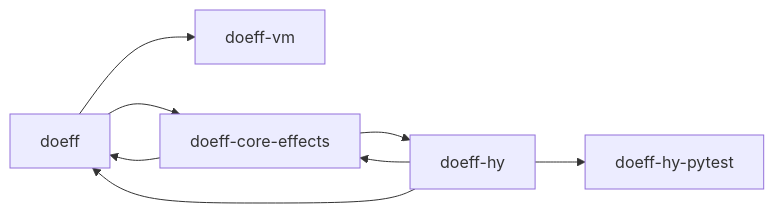
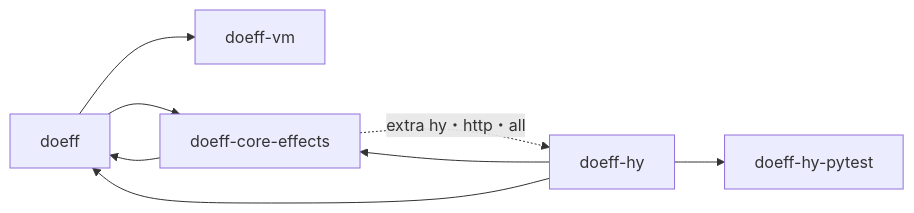
The first of 2 diagrams in docs/release-publish-runbook.md (proboscis/doeff), drawn with Mermaid before and after one commit. The commit also changed other lines of this file and 9 other files, not shown here.

First line of the commit message:
doeff と doeff-core-effects の既定の依存から doeff-hy と httpx を extra(hy・http・all)へ移す(card ki-006338b48f4b)

````diff
--- a/docs/release-publish-runbook.md
+++ b/docs/release-publish-runbook.md
@@ -115,10 +115,10 @@
 ```mermaid
 flowchart LR
   doeff["doeff"] --> vm["doeff-vm"]
   doeff --> ce["doeff-core-effects"]
   ce --> doeff
-  ce --> hy["doeff-hy"]
+  ce -. "extra hy・http・all" .-> hy["doeff-hy"]
   hy --> doeff
   hy --> ce
   hy --> hyp["doeff-hy-pytest"]
 ```
````
